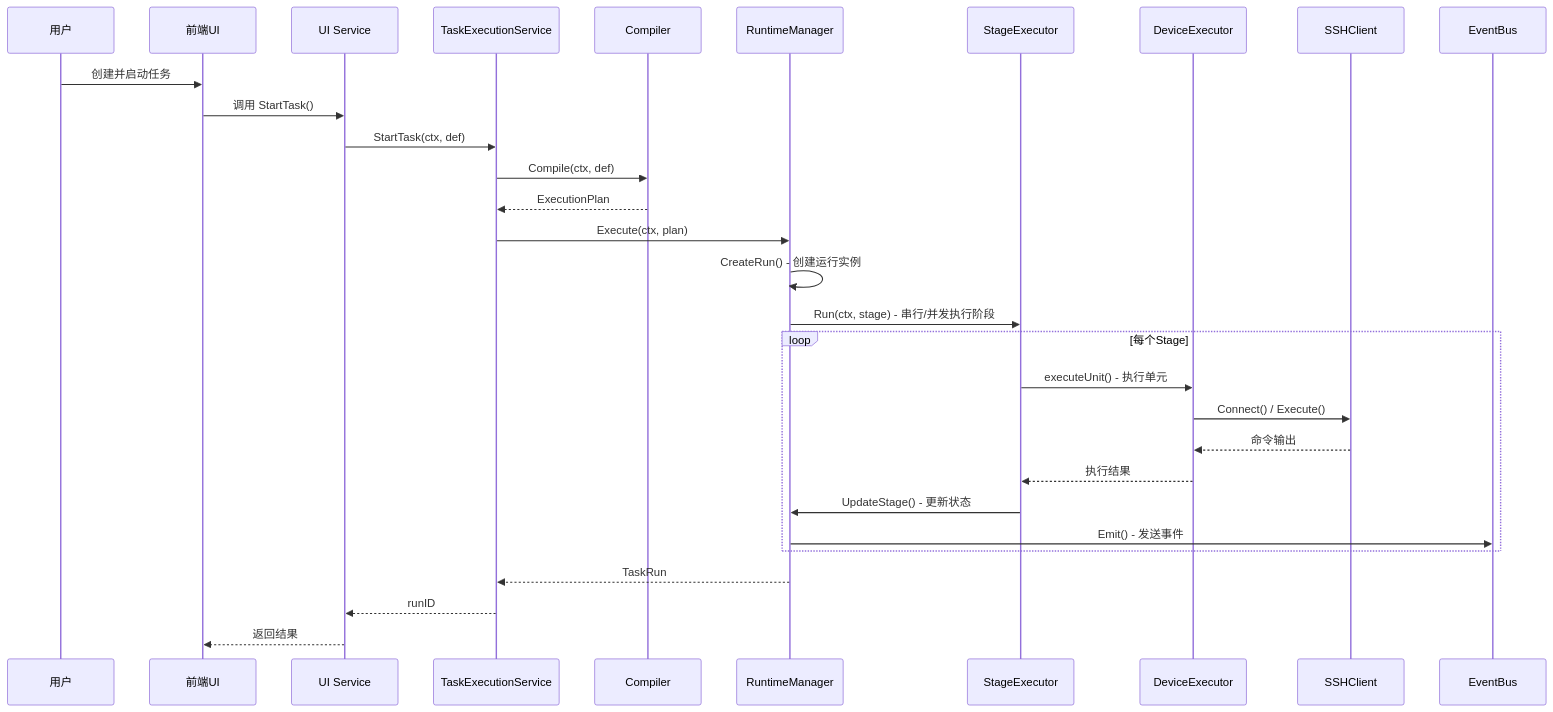
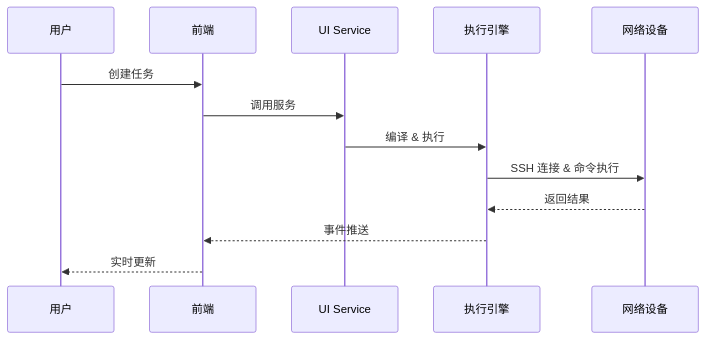
Before and after one commit to DeavorWei/NetWeaverGo: the second of 2 diagrams in README.md, drawn with Mermaid. The commit also changed other lines of this file, not shown here.

````diff
--- a/README.md
+++ b/README.md
@@ -479,32 +270,16 @@
 ```mermaid
 sequenceDiagram
     participant User as 用户
-    participant UI as 前端UI
-    participant UISvc as UI Service
-    participant TESvc as TaskExecutionService
-    participant Compiler as Compiler
-    participant Runtime as RuntimeManager
-    participant Executor as StageExecutor
-    participant Device as DeviceExecutor
-    participant SSH as SSHClient
+    participant UI as 前端
+    participant Svc as UI Service
+    participant Exec as 执行引擎
+    participant Device as 网络设备
 
-    User->>UI: 创建并启动任务
-    UI->>UISvc: 调用 StartTask()
-    UISvc->>TESvc: StartTask(ctx, def)
-    TESvc->>Compiler: Compile(ctx, def)
-    Compiler-->>TESvc: ExecutionPlan
-    TESvc->>Runtime: Execute(ctx, plan)
-    Runtime->>Runtime: CreateRun() - 创建运行实例
-    Runtime->>Executor: Run(ctx, stage) - 串行/并发执行阶段
-    loop 每个Stage
-        Executor->>Device: executeUnit() - 执行单元
-        Device->>SSH: Connect() / Execute()
-        SSH-->>Device: 命令输出
-        Device-->>Executor: 执行结果
-        Executor->>Runtime: UpdateStage() - 更新状态
-        Runtime->>EventBus: Emit() - 发送事件
-    end
-    Runtime-->>TESvc: TaskRun
-    TESvc-->>UISvc: runID
-    UISvc-->>UI: 返回结果
+    User->>UI: 创建任务
+    UI->>Svc: 调用服务
+    Svc->>Exec: 编译 & 执行
+    Exec->>Device: SSH 连接 & 命令执行
+    Device-->>Exec: 返回结果
+    Exec-->>UI: 事件推送
+    UI-->>User: 实时更新
 ```
````
